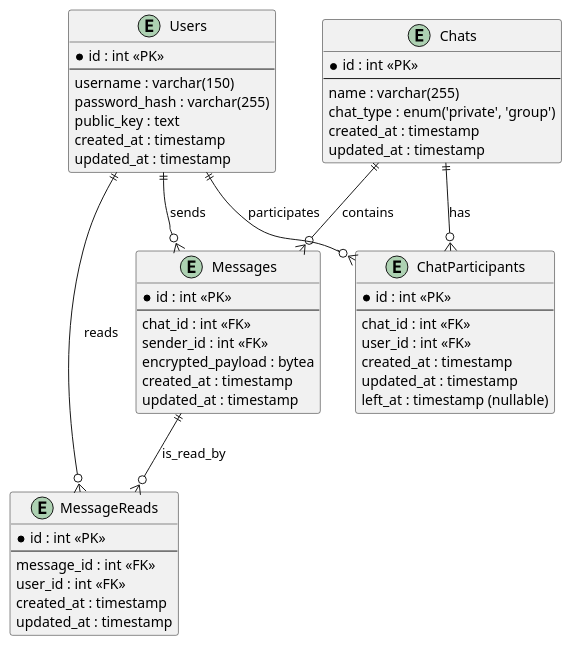
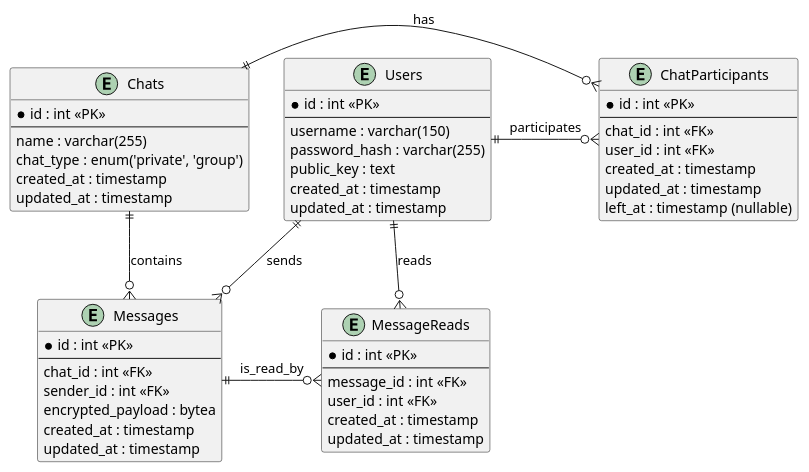
One commit to Max2288/secure-messenger changed the diagram in docs/bd_scheme.puml. Above: the diagram before and after it, drawn with PlantUML. The commit also changed 8 other files, not shown here.

Commit message:
Обновлены метрики и схемы

```diff
--- a/docs/bd_scheme.puml
+++ b/docs/bd_scheme.puml
@@ -1,57 +1,57 @@
 @startuml
 entity "Users" as User {
   * id : int <<PK>>
   --
   username : varchar(150)
   password_hash : varchar(255)
   public_key : text
   created_at : timestamp
   updated_at : timestamp
 }
 
 entity "Chats" as Chat {
   * id : int <<PK>>
   --
   name : varchar(255)
   chat_type : enum('private', 'group')
   created_at : timestamp
   updated_at : timestamp
 }
 
 entity "ChatParticipants" as ChatParticipant {
   * id : int <<PK>>
   --
   chat_id : int <<FK>>
   user_id : int <<FK>>
   created_at : timestamp
   updated_at : timestamp
   left_at : timestamp (nullable)
 }
 
 entity "Messages" as Message {
   * id : int <<PK>>
   --
   chat_id : int <<FK>>
   sender_id : int <<FK>>
   encrypted_payload : bytea
   created_at : timestamp
   updated_at : timestamp
 }
 
 entity "MessageReads" as MessageRead {
   * id : int <<PK>>
   --
   message_id : int <<FK>>
   user_id : int <<FK>>
   created_at : timestamp
   updated_at : timestamp
 }
 
-User ||--o{ ChatParticipant : participates
+User ||-o{ ChatParticipant : participates
 User ||--o{ Message : sends
-Chat ||--o{ ChatParticipant : has
-Chat ||--o{ Message : contains
-Message ||--o{ MessageRead : is_read_by
-User ||--o{ MessageRead : reads
+Chat ||-o{ ChatParticipant : has
+Chat ||-o{ Message : contains
+Message ||-o{ MessageRead : is_read_by
+User ||-o{ MessageRead : reads
 
 @enduml
```
